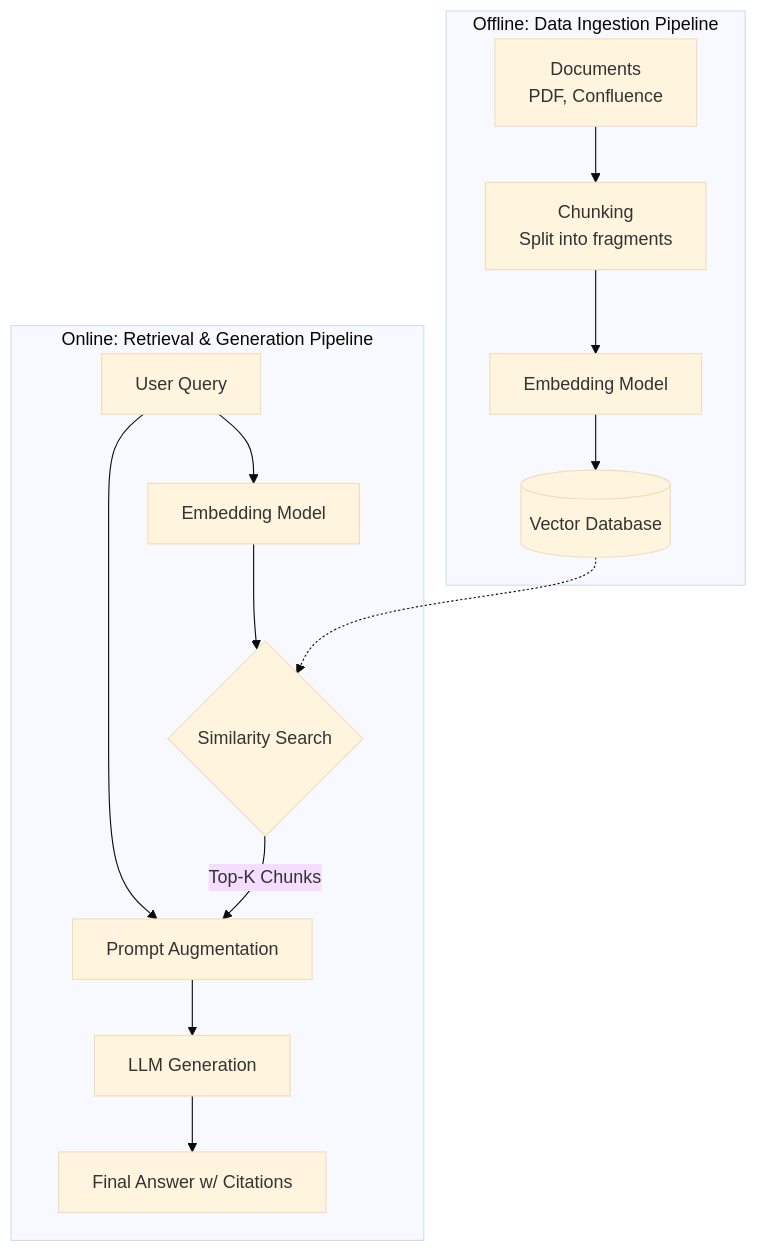
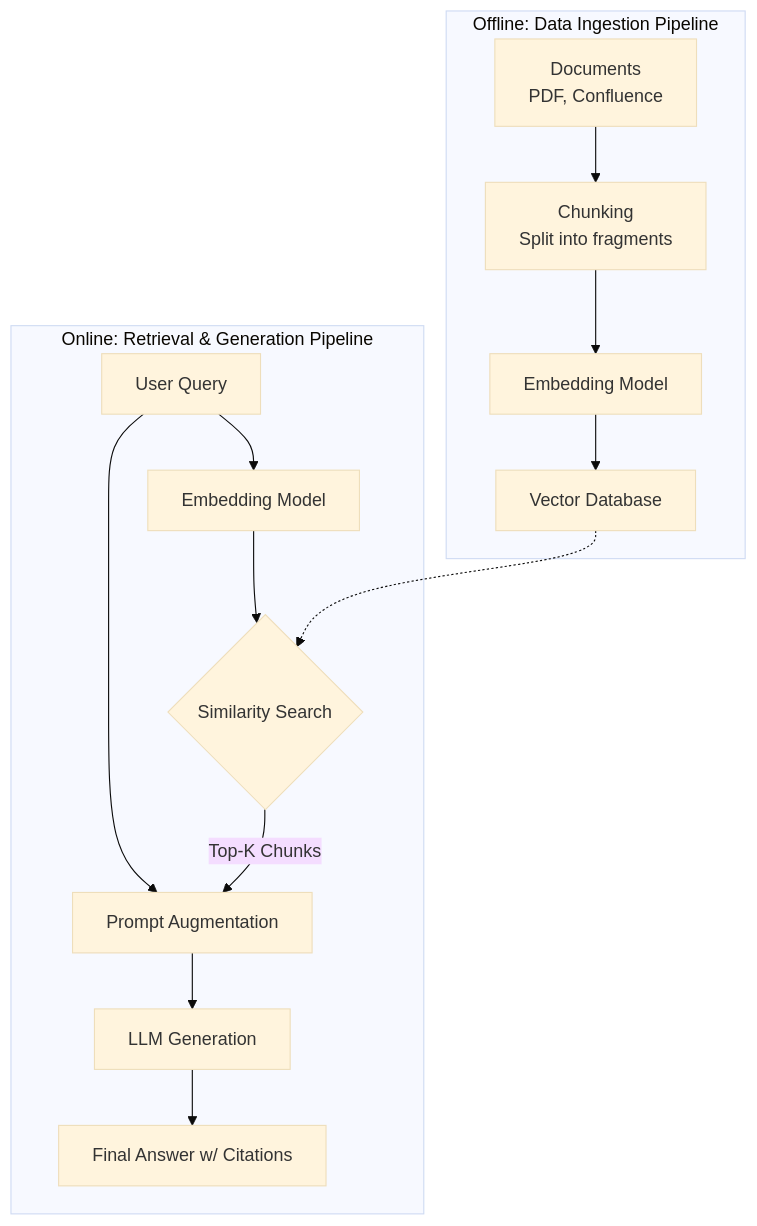
The diagram in src/content/docs/concepts/genai-ml/rag.md (kythuatdulieu/kythuatdulieu.github.io), drawn with Mermaid (base theme) before and after one commit. The commit also changed other lines of this file and 175 other files, not shown here.

Commit message:
docs: content audit, correct Mermaid diagrams, fix external links, and auto-inject popovers

````diff
--- a/src/content/docs/concepts/genai-ml/rag.md
+++ b/src/content/docs/concepts/genai-ml/rag.md
@@ -45,18 +45,20 @@
 ```mermaid
 flowchart TD
-    subgraph Offline: Data Ingestion Pipeline
-        A[Documents\nPDF, Confluence] --> B[Chunking\nSplit into fragments]
-        B --> C[Embedding Model]
-        C --> D[(Vector Database)]
+    subgraph "Offline: Data Ingestion Pipeline"
+        A["Documents<br/>PDF, Confluence"] --> B["Chunking<br/>Split into fragments"]
+        B --> C["Embedding Model"]
+        C --> D["Vector Database"]
     end
 
-    subgraph Online: Retrieval & Generation Pipeline
-        E[User Query] --> F[Embedding Model]
-        F --> G{Similarity Search}
+    subgraph "Online: Retrieval & Generation Pipeline"
+        E["User Query"] --> F["Embedding Model"]
+        F --> G{"Similarity Search"}
         D -.-> G
-        G -->|Top-K Chunks| H[Prompt Augmentation]
+        G -->|"Top-K Chunks"| H["Prompt Augmentation"]
         E --> H
-        H --> I[LLM Generation]
-        I --> J[Final Answer w/ Citations]
+        H --> I["LLM Generation"]
+        I --> J["Final Answer w/ Citations"]
     end
+
+
 ```
````
